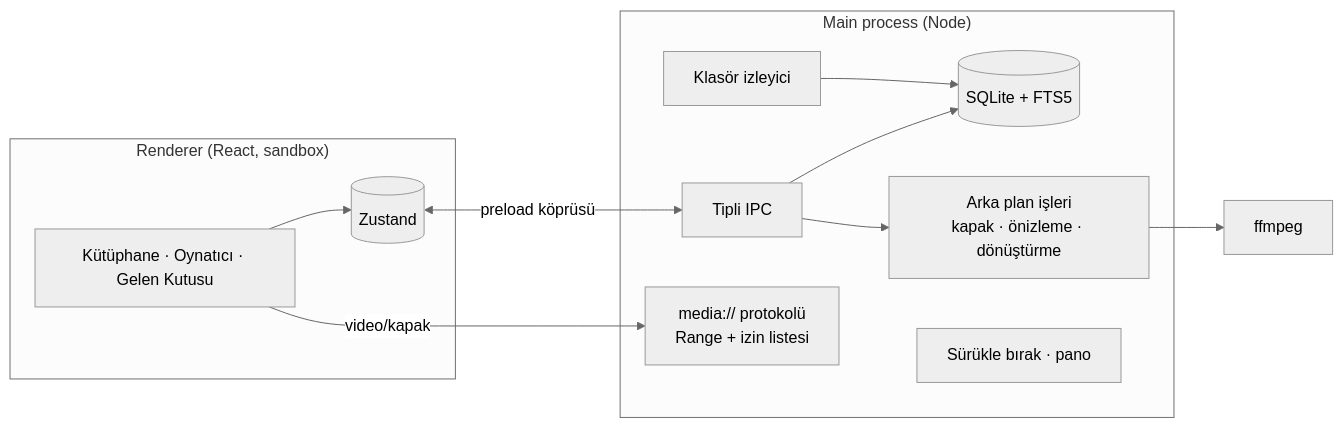
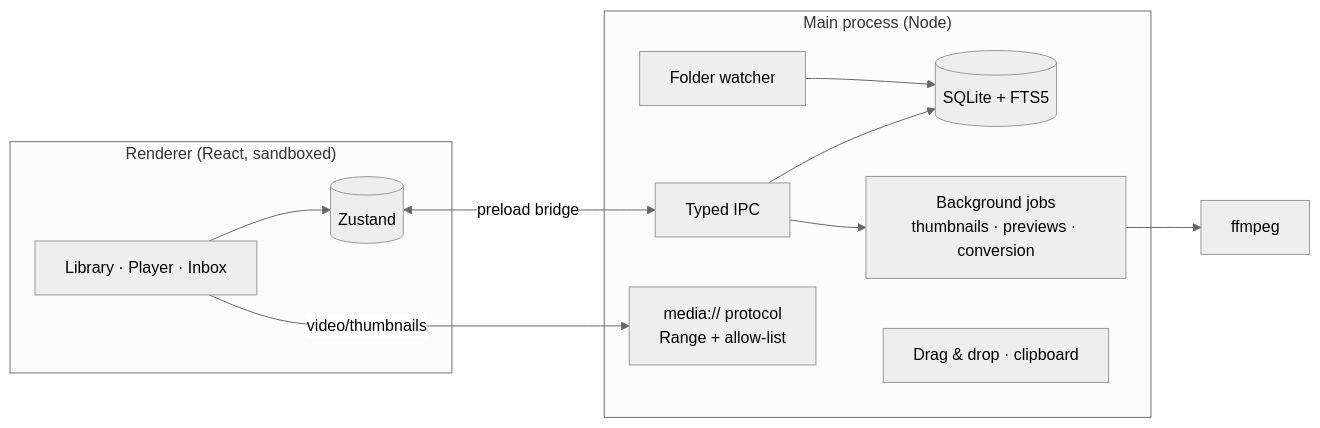
Before and after one commit to Enver-Onur-Cogalan/meme-file: the diagram in README.md, drawn with Mermaid (neutral theme). The commit also changed other lines of this file and 16 other files, not shown here.

````diff
--- a/README.md
+++ b/README.md
@@ -81,16 +79,16 @@
 ```mermaid
 flowchart LR
-  subgraph Renderer["Renderer (React, sandbox)"]
-    UI[Kütüphane · Oynatıcı · Gelen Kutusu] --> Store[(Zustand)]
+  subgraph Renderer["Renderer (React, sandboxed)"]
+    UI[Library · Player · Inbox] --> Store[(Zustand)]
   end
   subgraph Main["Main process (Node)"]
-    IPC[Tipli IPC] --> Repo[(SQLite + FTS5)]
-    IPC --> Jobs[Arka plan işleri<br/>kapak · önizleme · dönüştürme]
-    Watch[Klasör izleyici] --> Repo
-    Proto["media:// protokolü<br/>Range + izin listesi"]
-    Share[Sürükle bırak · pano]
+    IPC[Typed IPC] --> Repo[(SQLite + FTS5)]
+    IPC --> Jobs[Background jobs<br/>thumbnails · previews · conversion]
+    Watch[Folder watcher] --> Repo
+    Proto["media:// protocol<br/>Range + allow-list"]
+    Share[Drag & drop · clipboard]
   end
-  Store <-- preload köprüsü --> IPC
-  UI -- video/kapak --> Proto
+  Store <-- preload bridge --> IPC
+  UI -- video/thumbnails --> Proto
   Jobs --> FF[ffmpeg]
 ```
````
